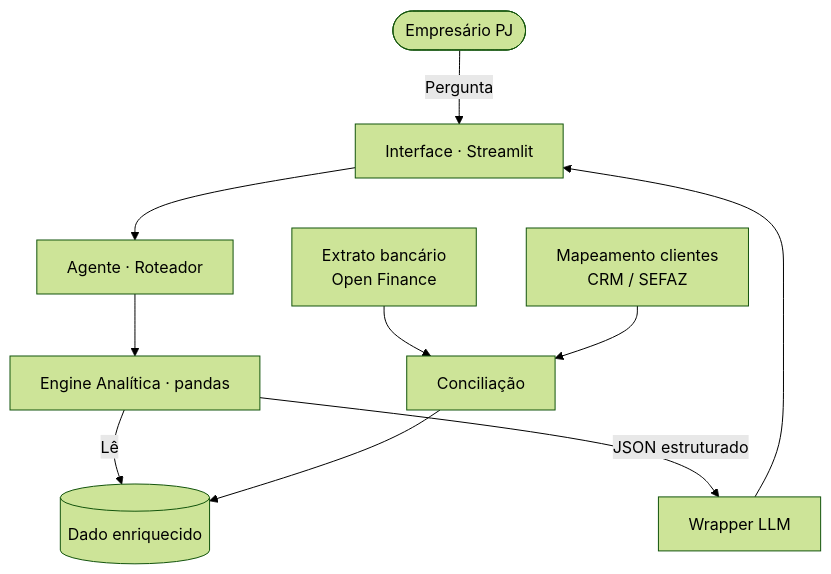
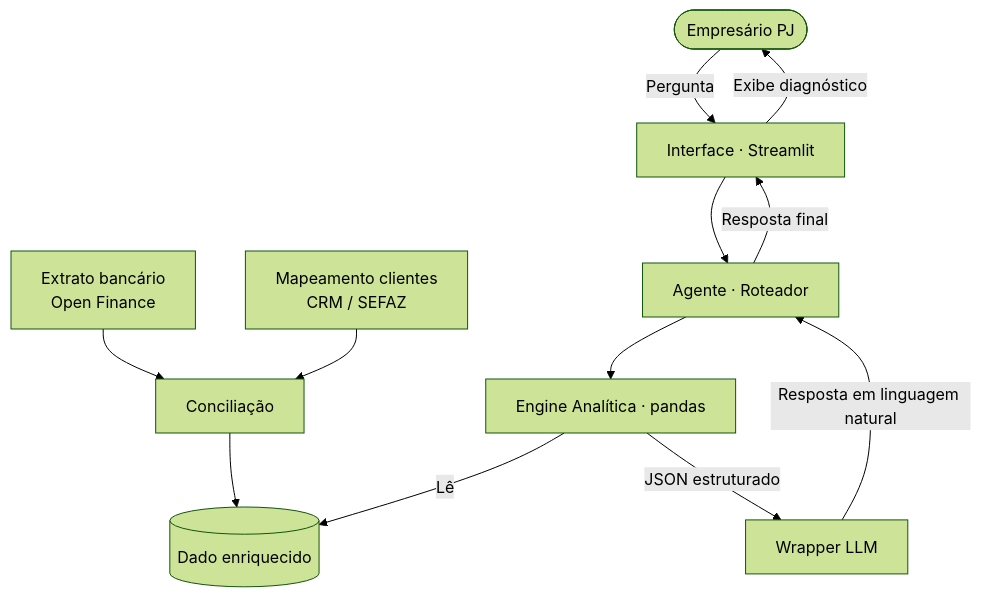
One commit to vitor-db/dio-lab-atlas changed the diagram in docs/01-documentacao-agente.md. Above: the diagram before and after it, drawn with Mermaid (forest theme).

Commit message:
flowchart com resposta.1

````diff
--- a/docs/01-documentacao-agente.md
+++ b/docs/01-documentacao-agente.md
@@ -100,12 +100,16 @@
 ```mermaid
 flowchart TD
     A([Empresário PJ]) -->|Pergunta| B[Interface · Streamlit]
     B --> C[Agente · Roteador]
     C --> D[Engine Analítica · pandas]
-    D -->|Lê| E[(Dado enriquecido)]
+
     F[Extrato bancário<br/>Open Finance] --> G[Conciliação]
     H[Mapeamento clientes<br/>CRM / SEFAZ] --> G
-    G --> E
+    G --> E[(Dado enriquecido)]
+
+    D -->|Lê| E
     D -->|JSON estruturado| I[Wrapper LLM]
-    I --> B
+    I -->|Resposta em linguagem natural| C
+    C -->|Resposta final| B
+    B -->|Exibe diagnóstico| A
 ```
````
